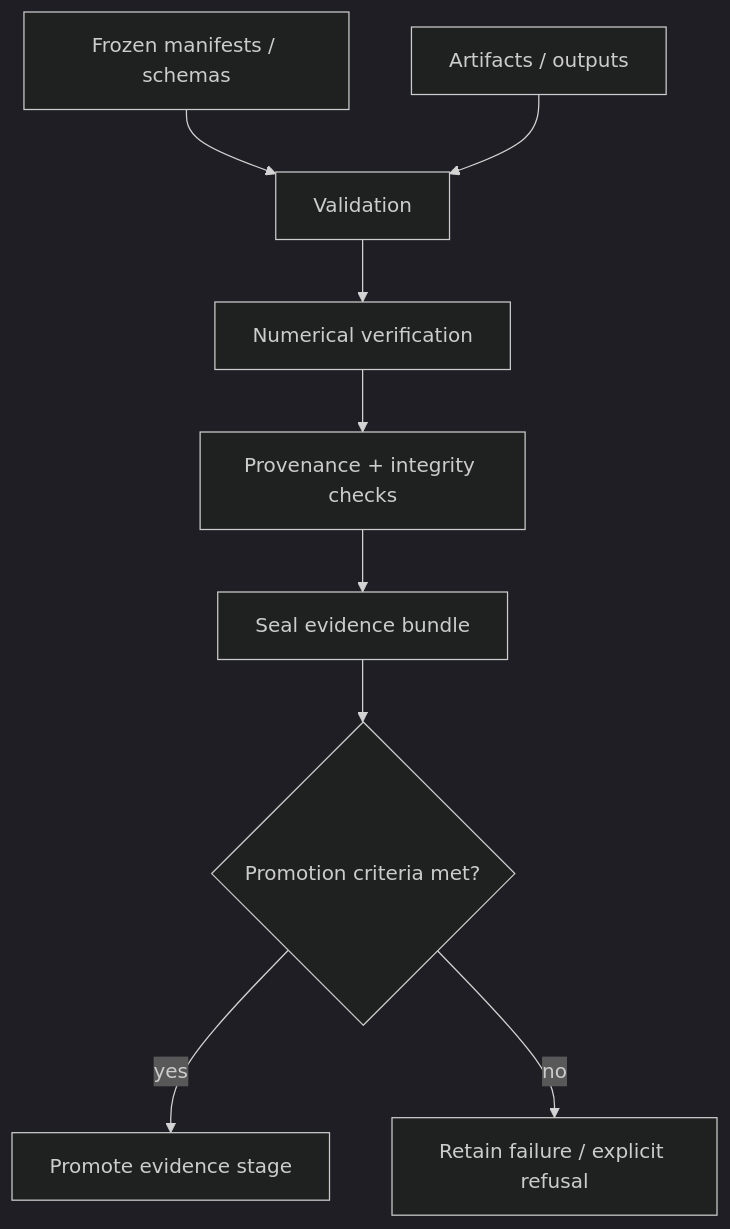
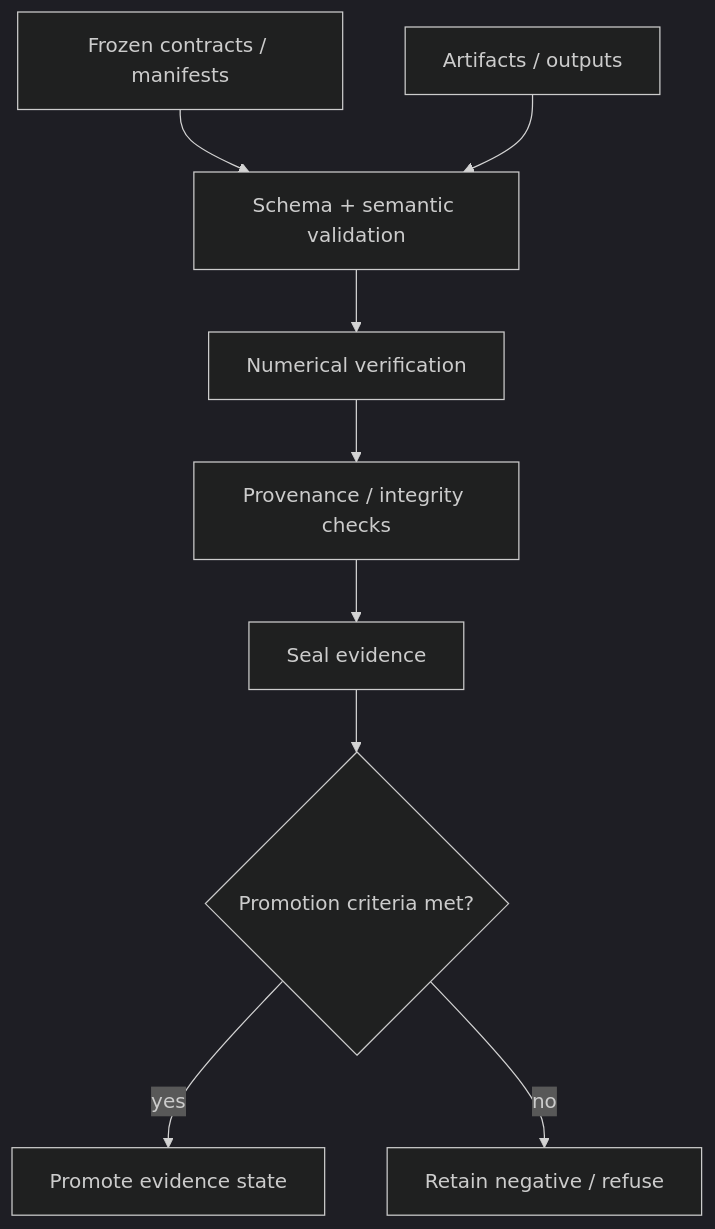
Before and after one commit to ninja-ops-guy/adversarial-clothing-pipeline: the fifth of 6 diagrams in docs/ARCHITECTURE.md, drawn with Mermaid (dark theme). The commit also changed other lines of this file, not shown here.

Commit message:
docs: refresh architecture and execution boundaries

````diff
--- a/docs/ARCHITECTURE.md
+++ b/docs/ARCHITECTURE.md
@@ -109,11 +113,11 @@
 ```mermaid
 flowchart TD
-    M[Frozen manifests / schemas] --> V[Validation]
+    M[Frozen contracts / manifests] --> V[Schema + semantic validation]
     A[Artifacts / outputs] --> V
     V --> N[Numerical verification]
-    N --> P[Provenance + integrity checks]
-    P --> S[Seal evidence bundle]
+    N --> P[Provenance / integrity checks]
+    P --> S[Seal evidence]
     S --> G{Promotion criteria met?}
-    G -- yes --> Y[Promote evidence stage]
-    G -- no --> X[Retain failure / explicit refusal]
+    G -- yes --> Y[Promote evidence state]
+    G -- no --> X[Retain negative / refuse]
 ```
````
